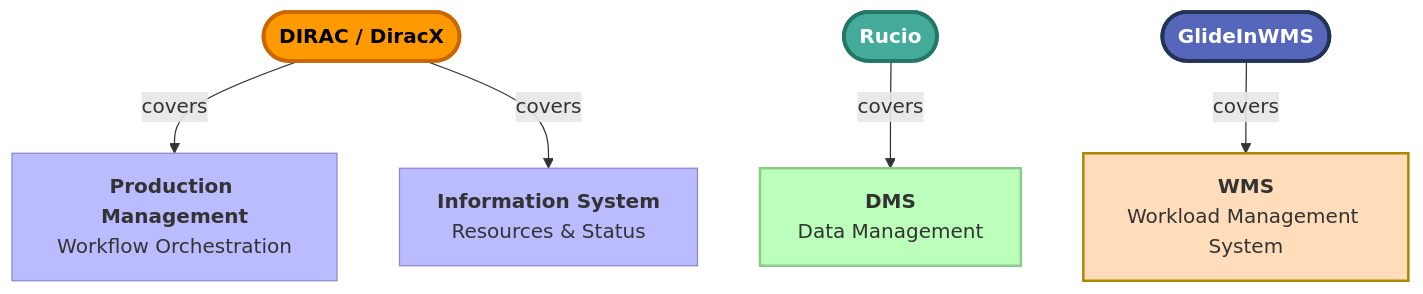
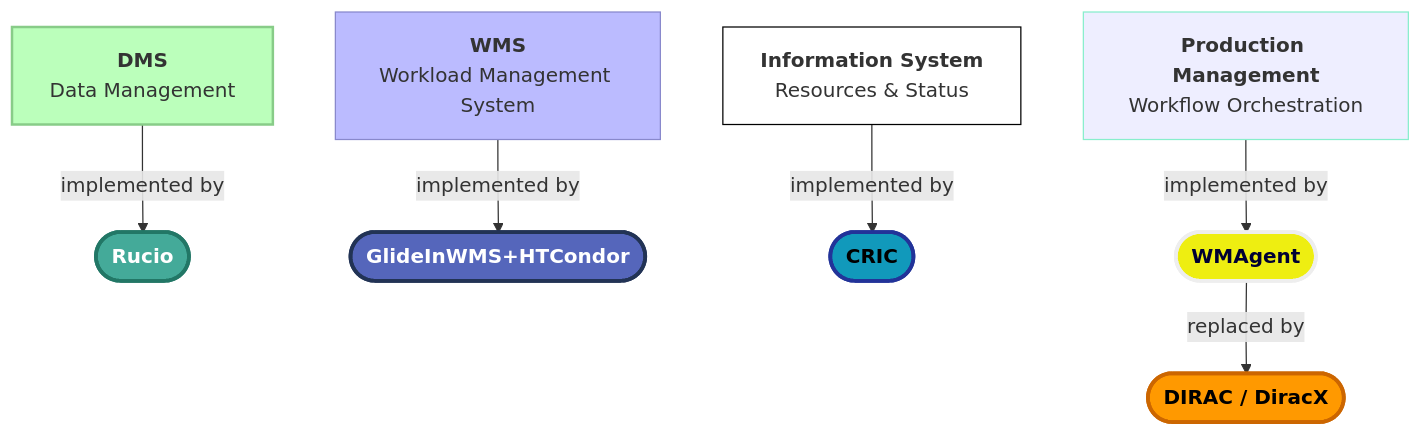
Before and after one commit to fstagni/2026_FermiLab_retreat: the sixth of 10 diagrams in slides.md, drawn with Mermaid. The commit also changed other lines of this file and 2 other files, not shown here.

````diff
--- a/slides.md
+++ b/slides.md
@@ -95,28 +196,34 @@
 ```mermaid
 %%{init: { 'theme': 'default' }}%%
 flowchart TD
     WMS["`**WMS**
     Workload Management System`"]
     DMS["`**DMS**
     Data Management`"]
     PROD["`**Production Management**
     Workflow Orchestration`"]
     IS["`**Information System**
     Resources & Status`"]
+
+    style WMS fill:#bbf,stroke:#88c
+    style DMS fill:#bfb,stroke:#8c8,stroke-width:2px
+    style PROD fill:#eef,stroke:#8ec
+    style IS fill:#fff,stroke:#000
+
     DIRAC(["`**DIRAC / DiracX**`"])
     RUCIO(["`**Rucio**`"])
-    GLIDE(["`**GlideInWMS**`"])
+    GLIDE(["`**GlideInWMS+HTCondor**`"])
+    CRIC(["`**CRIC**`"])
+    WM(["`**WMAgent**`"])
 
     style DIRAC fill:#f90,color:#000,stroke:#c60,stroke-width:3px
-    style WMS fill:#fdb,stroke:#a80,stroke-width:2px
-    style DMS fill:#bfb,stroke:#8c8,stroke-width:2px
-    style PROD fill:#bbf,stroke:#88c
-    style IS fill:#bbf,stroke:#88c
     style RUCIO fill:#4a9,color:#fff,stroke:#276,stroke-width:3px
     style GLIDE fill:#56b,color:#fff,stroke:#235,stroke-width:3px
+    style CRIC fill:#19b,color:#000,stroke:#239,stroke-width:3px
+    style WM fill:#ee1,color:#003,stroke:#eee,stroke-width:3px
 
-    GLIDE -->|covers| WMS
-    RUCIO -->|covers| DMS
-    DIRAC -->|covers| PROD
-    DIRAC -->|covers| IS
+    WMS -->|implemented by| GLIDE
+    DMS -->|implemented by| RUCIO
+    PROD -->|implemented by| WM -->|replaced by| DIRAC
+    IS -->|implemented by| CRIC
 ```
````
